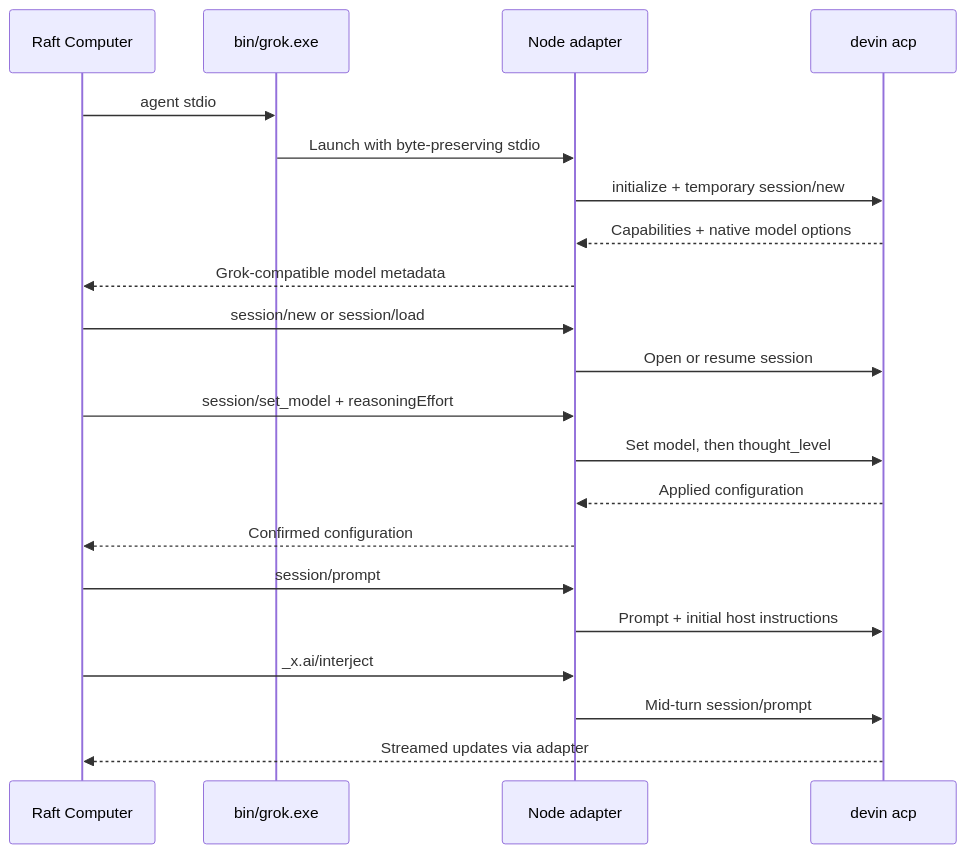
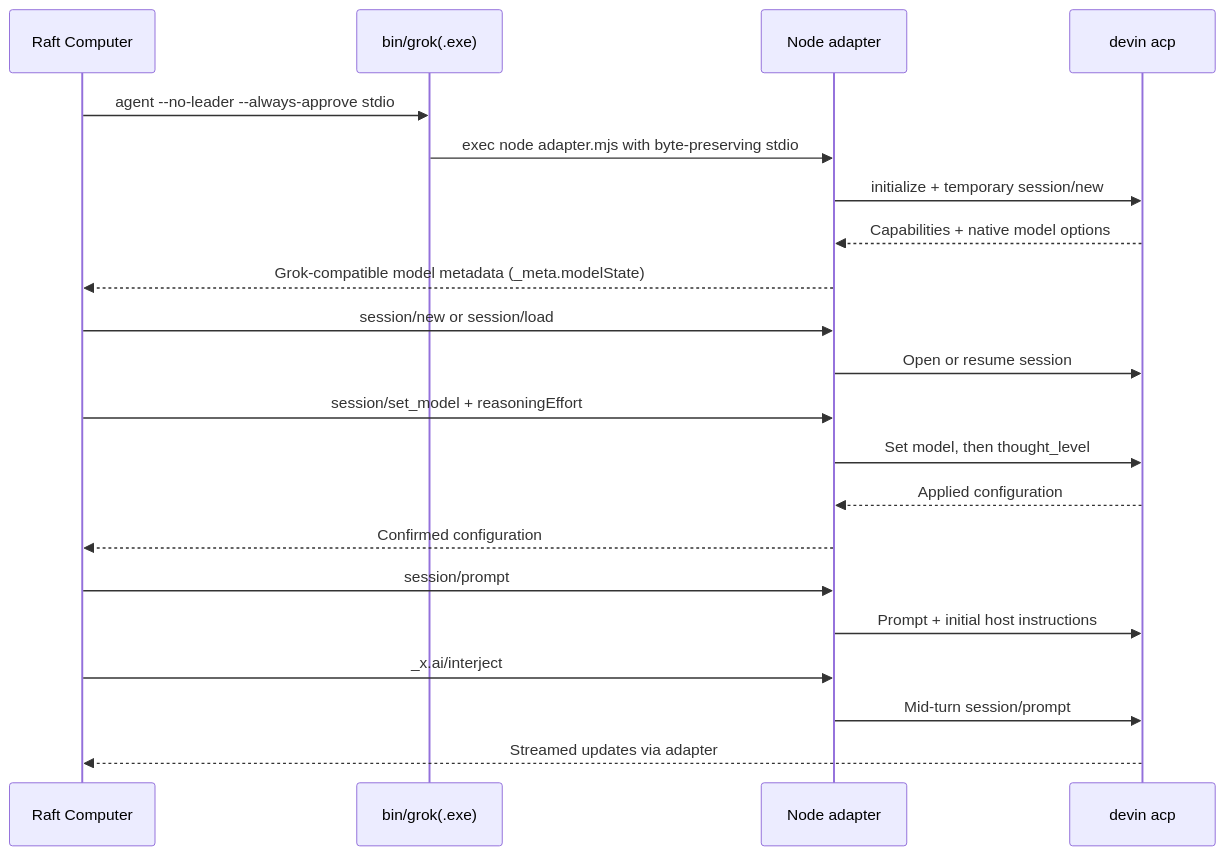
The diagram in docs/architecture.md (CST18057/raft-agent-adapter), drawn with Mermaid before and after one commit. The commit also changed other lines of this file and 34 other files, not shown here.

````diff
--- a/docs/architecture.md
+++ b/docs/architecture.md
@@ -5,23 +5,23 @@
 ```mermaid
 sequenceDiagram
     participant R as Raft Computer
-    participant L as bin/grok.exe
+    participant L as bin/grok(.exe)
     participant A as Node adapter
     participant D as devin acp
-    R->>L: agent stdio
-    L->>A: Launch with byte-preserving stdio
+    R->>L: agent --no-leader --always-approve stdio
+    L->>A: exec node adapter.mjs with byte-preserving stdio
     A->>D: initialize + temporary session/new
     D-->>A: Capabilities + native model options
-    A-->>R: Grok-compatible model metadata
+    A-->>R: Grok-compatible model metadata (_meta.modelState)
     R->>A: session/new or session/load
     A->>D: Open or resume session
     R->>A: session/set_model + reasoningEffort
     A->>D: Set model, then thought_level
     D-->>A: Applied configuration
     A-->>R: Confirmed configuration
     R->>A: session/prompt
     A->>D: Prompt + initial host instructions
     R->>A: _x.ai/interject
     A->>D: Mid-turn session/prompt
     D-->>R: Streamed updates via adapter
 ```
````
